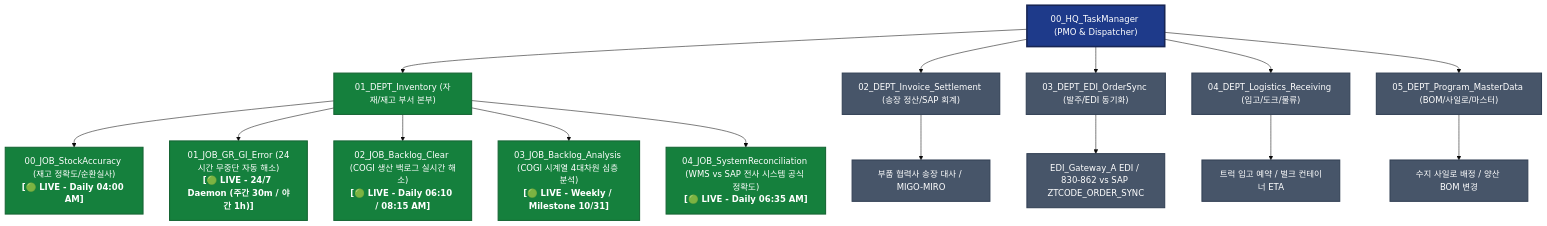
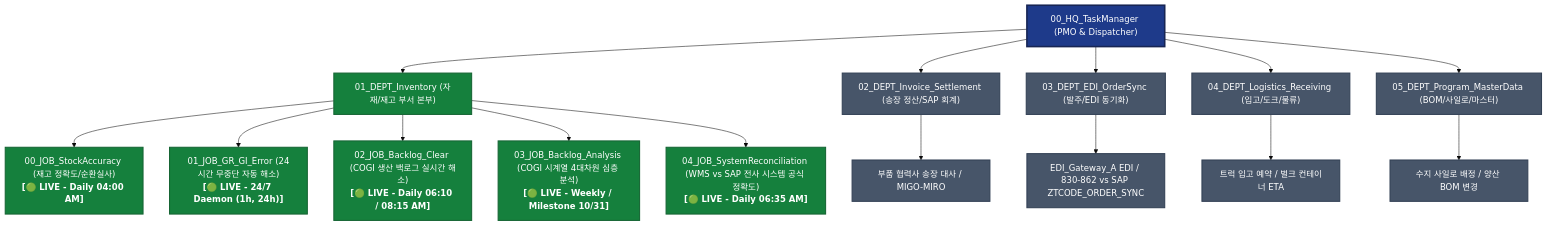
One commit to Miaou360/manufacturing-agent-org changed the diagram in 01_M365MCP/00_HQ_TaskManager/README.md. Above: the diagram before and after it, drawn with Mermaid (base theme). The commit also changed other lines of this file and 21 other files, not shown here.

Commit message:
docs(gi): #416 update GI error daemon schedule to hourly on the hour (24h)

````diff
--- a/01_M365MCP/00_HQ_TaskManager/README.md
+++ b/01_M365MCP/00_HQ_TaskManager/README.md
@@ -9,26 +9,26 @@
 ```mermaid
 graph TD
     classDef live fill:#15803d,stroke:#166534,stroke-width:2px,color:#ffffff;
     classDef inprog fill:#b45309,stroke:#92400e,stroke-width:2px,color:#ffffff;
     classDef planned fill:#475569,stroke:#334155,stroke-width:2px,color:#ffffff;
     classDef pmo fill:#1e3a8a,stroke:#172554,stroke-width:3px,color:#ffffff;
 
     TM["00_HQ_TaskManager (PMO & Dispatcher)"]:::pmo
 
     TM --> INV["01_DEPT_Inventory (자재/재고 부서 본부)"]:::live
     TM --> INV_SET["02_DEPT_Invoice_Settlement (송장 정산/SAP 회계)"]:::planned
     TM --> EDI["03_DEPT_EDI_OrderSync (발주/EDI 동기화)"]:::planned
     TM --> LOG["04_DEPT_Logistics_Receiving (입고/도크/물류)"]:::planned
     TM --> MD["05_DEPT_Program_MasterData (BOM/사일로/마스터)"]:::planned
 
     INV --> SA["00_JOB_StockAccuracy (재고 정확도/순환실사)<br><b>[🟢 LIVE - Daily 04:00 AM]</b>"]:::live
-    INV --> GGE["01_JOB_GR_GI_Error (24시간 무중단 자동 해소)<br><b>[🟢 LIVE - 24/7 Daemon (주간 30m / 야간 1h)]</b>"]:::live
+    INV --> GGE["01_JOB_GR_GI_Error (24시간 무중단 자동 해소)<br><b>[🟢 LIVE - 24/7 Daemon (1h, 24h)]</b>"]:::live
     INV --> BL["02_JOB_Backlog_Clear (COGI 생산 백로그 실시간 해소)<br><b>[🟢 LIVE - Daily 06:10 / 08:15 AM]</b>"]:::live
     INV --> BLA["03_JOB_Backlog_Analysis (COGI 시계열 4대차원 심층 분석)<br><b>[🟢 LIVE - Weekly / Milestone 10/31]</b>"]:::live
     INV --> REC["04_JOB_SystemReconciliation (WMS vs SAP 전사 시스템 공식 정확도)<br><b>[🟢 LIVE - Daily 06:35 AM]</b>"]:::live
 
     INV_SET --> INV_SUB["부품 협력사 송장 대사 / MIGO-MIRO"]:::planned
     EDI --> EDI_SUB["EDI_Gateway_A EDI / 830-862 vs SAP ZTCODE_ORDER_SYNC"]:::planned
     LOG --> LOG_SUB["트럭 입고 예약 / 벌크 컨테이너 ETA"]:::planned
     MD --> MD_SUB["수지 사일로 배정 / 양산 BOM 변경"]:::planned
 ```
````
